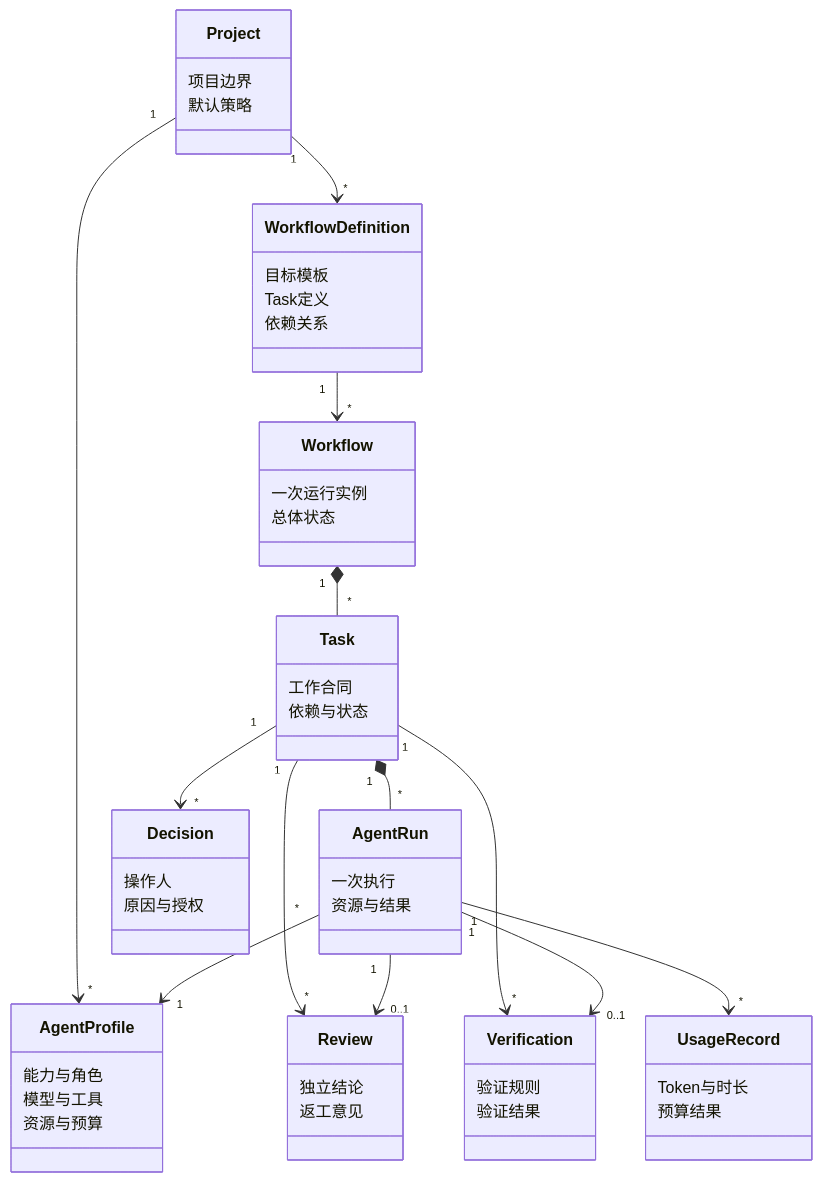
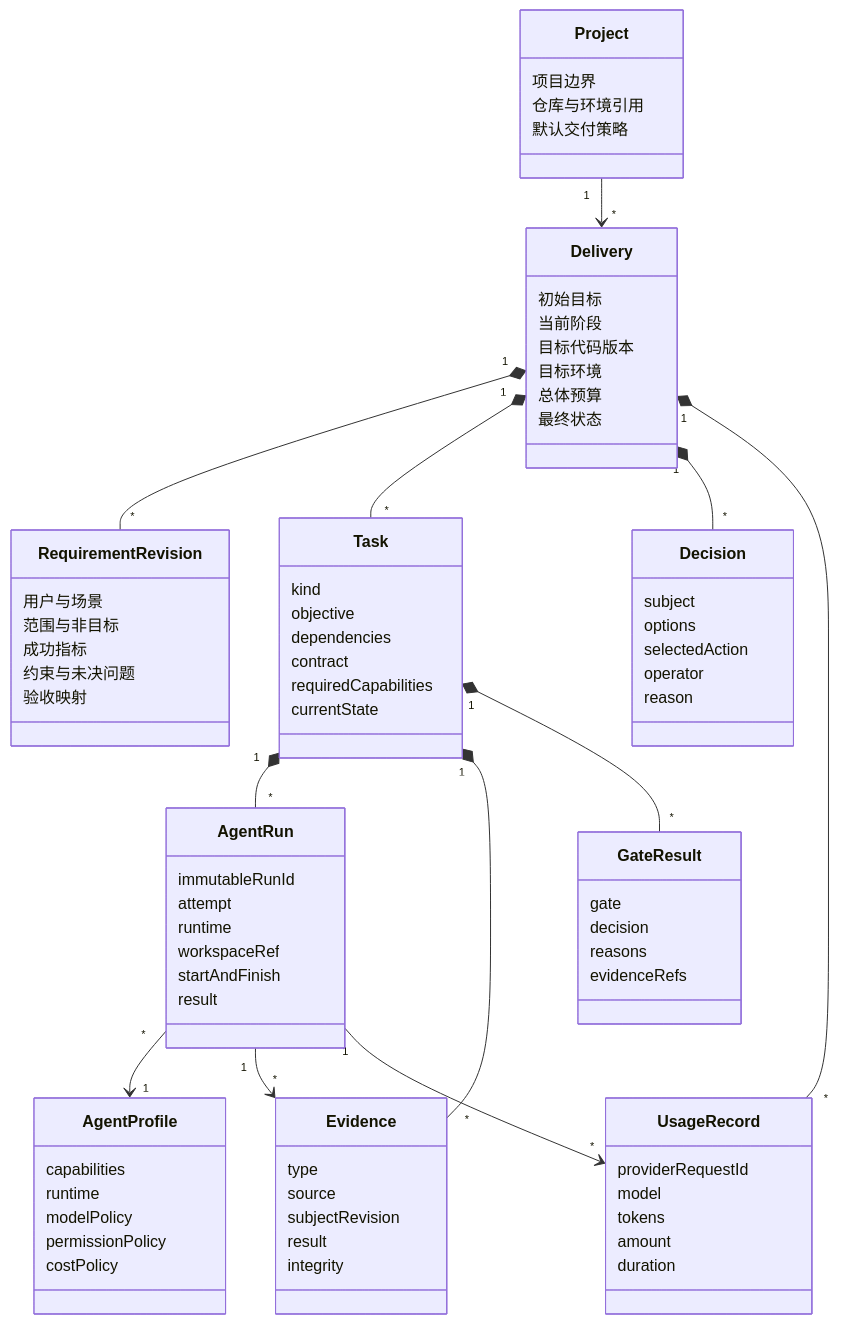
Before and after one commit to xiaohei-info/oh-my-agent-cluster: the fourth of 7 diagrams in docs/superpowers/specs/2026-07-13-omac-v2-cloud-native-business-solution-design.md, drawn with Mermaid. The commit also changed other lines of this file, not shown here.

Commit message:
docs: refine OMAC V2 autonomous delivery design

````diff
--- a/docs/superpowers/specs/2026-07-13-omac-v2-cloud-native-business-solution-design.md
+++ b/docs/superpowers/specs/2026-07-13-omac-v2-cloud-native-business-solution-design.md
@@ -327,58 +601,94 @@
-```mermaid
+~~~mermaid
 classDiagram
     class Project {
       项目边界
-      默认策略
-    }
-    class AgentProfile {
-      能力与角色
-      模型与工具
-      资源与预算
-    }
-    class WorkflowDefinition {
-      目标模板
-      Task定义
-      依赖关系
-    }
-    class Workflow {
-      一次运行实例
-      总体状态
-    }
-    class Task {
-      工作合同
-      依赖与状态
-    }
-    class AgentRun {
-      一次执行
-      资源与结果
-    }
-    class Review {
-      独立结论
-      返工意见
-    }
-    class Verification {
-      验证规则
-      验证结果
-    }
-    class Decision {
-      操作人
-      原因与授权
-    }
-    class UsageRecord {
-      Token与时长
-      预算结果
+      仓库与环境引用
+      默认交付策略
     }
 
-    Project "1" --> "*" AgentProfile
-    Project "1" --> "*" WorkflowDefinition
-    WorkflowDefinition "1" --> "*" Workflow
-    Workflow "1" *-- "*" Task
+    class Delivery {
+      初始目标
+      当前阶段
+      目标代码版本
+      目标环境
+      总体预算
+      最终状态
+    }
+
+    class RequirementRevision {
+      用户与场景
+      范围与非目标
+      成功指标
+      约束与未决问题
+      验收映射
+    }
+
+    class Task {
+      kind
+      objective
+      dependencies
+      contract
+      requiredCapabilities
+      currentState
+    }
+
+    class AgentRun {
+      immutableRunId
+      attempt
+      runtime
+      workspaceRef
+      startAndFinish
+      result
+    }
+
+    class Evidence {
+      type
+      source
+      subjectRevision
+      result
+      integrity
+    }
+
+    class GateResult {
+      gate
+      decision
+      reasons
+      evidenceRefs
+    }
+
+    class Decision {
+      subject
+      options
+      selectedAction
+      operator
+      reason
+    }
+
+    class AgentProfile {
+      capabilities
+      runtime
+      modelPolicy
+      permissionPolicy
+      costPolicy
+    }
+
+    class UsageRecord {
+      providerRequestId
+      model
+      tokens
+      amount
+      duration
+    }
+
+    Project "1" --> "*" Delivery
+    Delivery "1" *-- "*" RequirementRevision
+    Delivery "1" *-- "*" Task
     Task "1" *-- "*" AgentRun
-    Task "1" --> "*" Review
-    Task "1" --> "*" Verification
-    Task "1" --> "*" Decision
+    Task "1" *-- "*" Evidence
+    Task "1" *-- "*" GateResult
+    Delivery "1" *-- "*" Decision
+    Delivery "1" *-- "*" UsageRecord
     AgentRun "*" --> "1" AgentProfile
-    AgentRun "1" --> "0..1" Review
-    AgentRun "1" --> "0..1" Verification
+    AgentRun "1" --> "*" Evidence
     AgentRun "1" --> "*" UsageRecord
-```
+~~~
````
